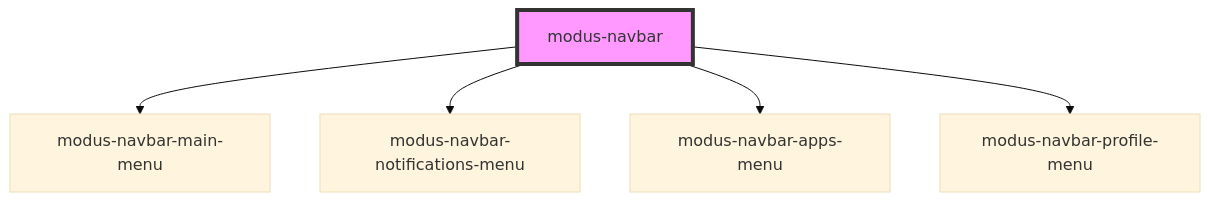
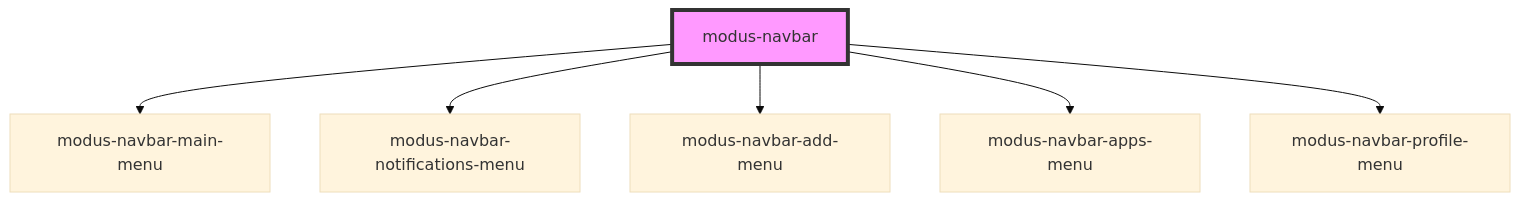
Before and after one commit to trimble-oss/modus-web-components: the diagram in stencil-workspace/src/components/modus-navbar/readme.md, drawn with Mermaid (base theme). The commit also changed other lines of this file and 14 other files, not shown here.

````diff
--- a/stencil-workspace/src/components/modus-navbar/readme.md
+++ b/stencil-workspace/src/components/modus-navbar/readme.md
@@ -73,8 +76,9 @@
 ```mermaid
 graph TD;
   modus-navbar --> modus-navbar-main-menu
   modus-navbar --> modus-navbar-notifications-menu
+  modus-navbar --> modus-navbar-add-menu
   modus-navbar --> modus-navbar-apps-menu
   modus-navbar --> modus-navbar-profile-menu
   style modus-navbar fill:#f9f,stroke:#333,stroke-width:4px
 ```
````
